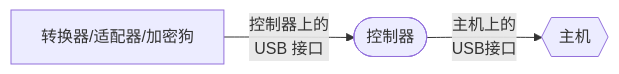
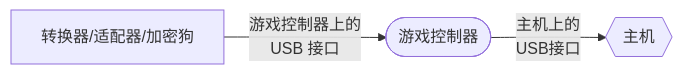
The first of 2 diagrams in i18n/zh/docusaurus-plugin-content-docs/current/faq/faq-console-compatibility.mdx (McGuffinCN/GP2040-CE-Site), drawn with Mermaid before and after one commit. The commit also changed other lines of this file and 38 other files, not shown here.

````diff
--- a/i18n/zh/docusaurus-plugin-content-docs/current/faq/faq-console-compatibility.mdx
+++ b/i18n/zh/docusaurus-plugin-content-docs/current/faq/faq-console-compatibility.mdx
@@ -29,4 +29,4 @@
 ```mermaid
 graph LR
-转换器/适配器/加密狗 -- 控制器上的 <br> USB 接口 --> 控制器([控制器]) -- 主机上的 <br> USB接口 --> 主机{{主机}}
+转换器/适配器/加密狗 -- 游戏控制器上的 <br> USB 接口 --> 游戏控制器([游戏控制器]) -- 主机上的 <br> USB接口 --> 主机{{主机}}
 ```
````
